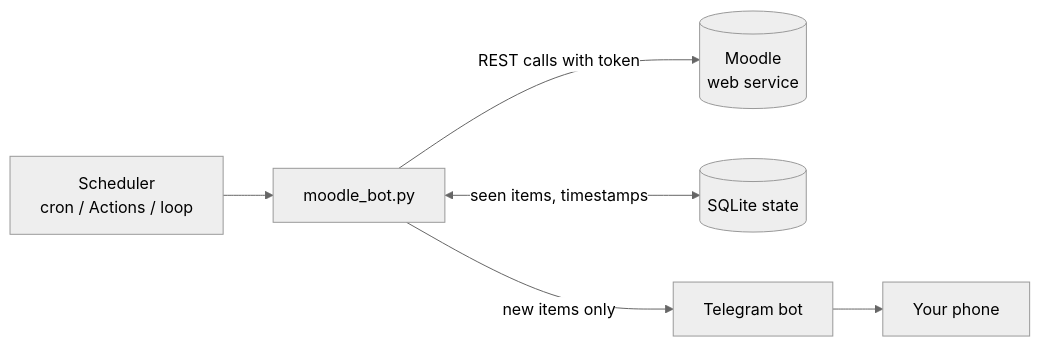
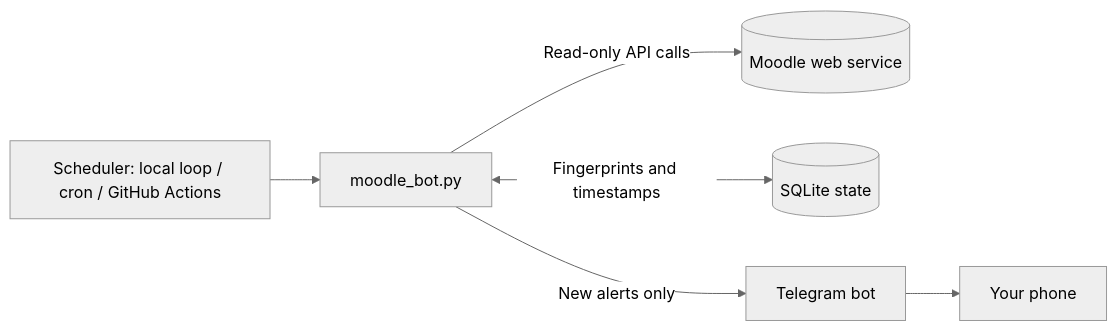
One commit to vush-man/Moodle-Notifier changed the diagram in README.md. Above: the diagram before and after it, drawn with Mermaid (neutral theme). The commit also changed other lines of this file, not shown here.

Commit message:
docs: refresh Moodle Notifier README

````diff
--- a/README.md
+++ b/README.md
@@ -54,8 +48,8 @@
 ```mermaid
 flowchart LR
-    A[Scheduler<br/>cron / Actions / loop] --> B[moodle_bot.py]
-    B -->|REST calls with token| C[(Moodle<br/>web service)]
-    B <-->|seen items, timestamps| D[(SQLite state)]
-    B -->|new items only| E[Telegram bot]
+    A[Scheduler: local loop / cron / GitHub Actions] --> B[moodle_bot.py]
+    B -->|Read-only API calls| C[(Moodle web service)]
+    B <-->|Fingerprints and timestamps| D[(SQLite state)]
+    B -->|New alerts only| E[Telegram bot]
     E --> F[Your phone]
 ```
````
